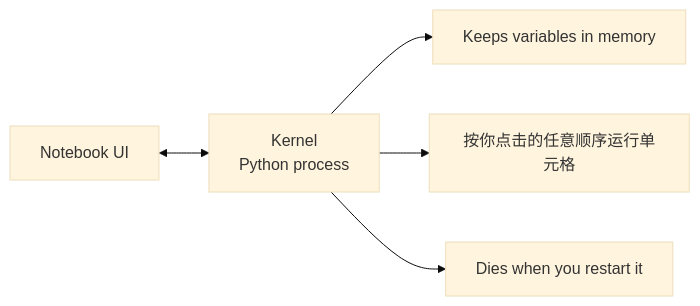
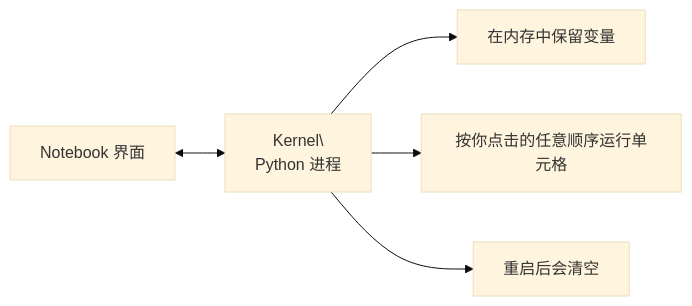
One commit to omigaZen/ai-engineering-from-scratch changed the second of 2 diagrams in phases/00-setup-and-tooling/05-jupyter-notebooks/docs/zh.md. Above: the diagram before and after it, drawn with Mermaid (base theme). The commit also changed other lines of this file, not shown here.

Commit message:
feat(phase-00/05): refine zh jupyter notebooks wording

````diff
--- a/phases/00-setup-and-tooling/05-jupyter-notebooks/docs/zh.md
+++ b/phases/00-setup-and-tooling/05-jupyter-notebooks/docs/zh.md
@@ -34,7 +34,7 @@
 ```mermaid
 graph LR
-    A[Notebook UI] <--> B[Kernel\nPython process]
-    B --> C[Keeps variables in memory]
+    A[Notebook 界面] <--> B[Kernel\\nPython 进程]
+    B --> C[在内存中保留变量]
     B --> D[按你点击的任意顺序运行单元格]
-    B --> E[Dies when you restart it]
+    B --> E[重启后会清空]
 ```
````
